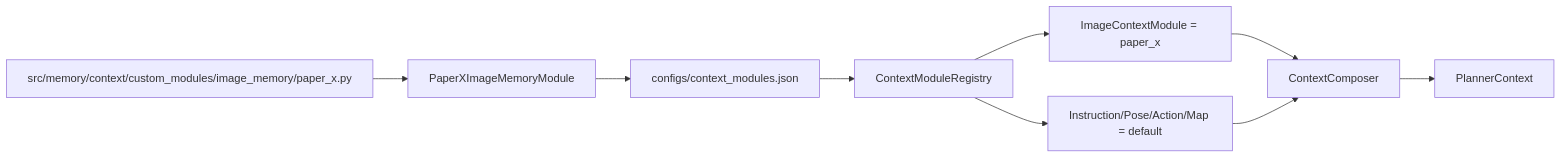
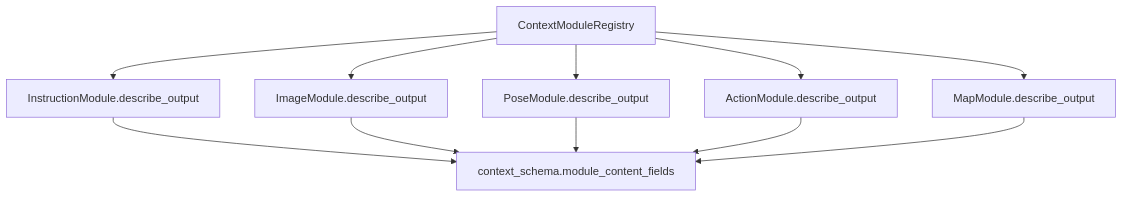
The fourth of 6 diagrams in docs/memory_system/07_diagrams.md (LZ6years/AeroPilot), drawn with Mermaid before and after one commit. The commit also changed other lines of this file and 15 other files, not shown here.

Commit message:
Tighten model action planner contract

````diff
--- a/docs/memory_system/07_diagrams.md
+++ b/docs/memory_system/07_diagrams.md
@@ -164,11 +62,13 @@
 ```mermaid
-flowchart LR
-    A["src/memory/context/custom_modules/image_memory/paper_x.py"] --> B["PaperXImageMemoryModule"]
-    B --> C["configs/context_modules.json"]
-    C --> D["ContextModuleRegistry"]
-    D --> E["ImageContextModule = paper_x"]
-    D --> F["Instruction/Pose/Action/Map = default"]
-    E --> G["ContextComposer"]
-    F --> G
-    G --> H["PlannerContext"]
+flowchart TD
+    REG["ContextModuleRegistry"] --> IM["InstructionModule.describe_output"]
+    REG --> IMG["ImageModule.describe_output"]
+    REG --> PM["PoseModule.describe_output"]
+    REG --> AM["ActionModule.describe_output"]
+    REG --> MM["MapModule.describe_output"]
+    IM --> SCHEMA["context_schema.module_content_fields"]
+    IMG --> SCHEMA
+    PM --> SCHEMA
+    AM --> SCHEMA
+    MM --> SCHEMA
 ```
````
